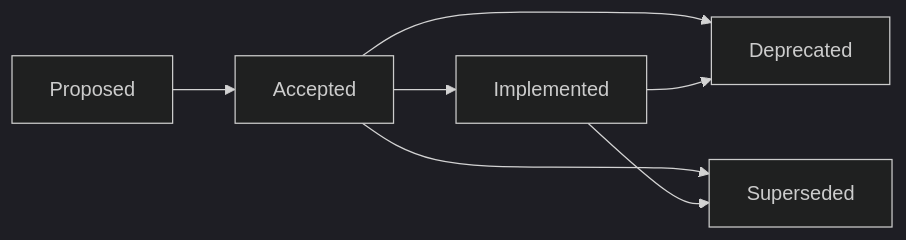
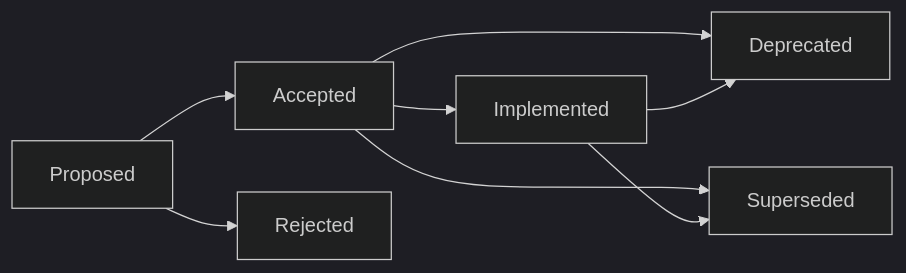
One commit to daddal001/Universal-AI-Driven-Documentation-Standard changed the third of 3 diagrams in 33-ADR.md. Above: the diagram before and after it, drawn with Mermaid (dark theme). The commit also changed other lines of this file and 51 other files, not shown here.

````diff
--- a/33-ADR.md
+++ b/33-ADR.md
@@ -276,9 +504,10 @@
 ```mermaid
 flowchart LR
     P[Proposed] --> A[Accepted]
+    P --> R[Rejected]
     A --> I[Implemented]
     A --> D[Deprecated]
     A --> S[Superseded]
     I --> D
     I --> S
 ```
````
